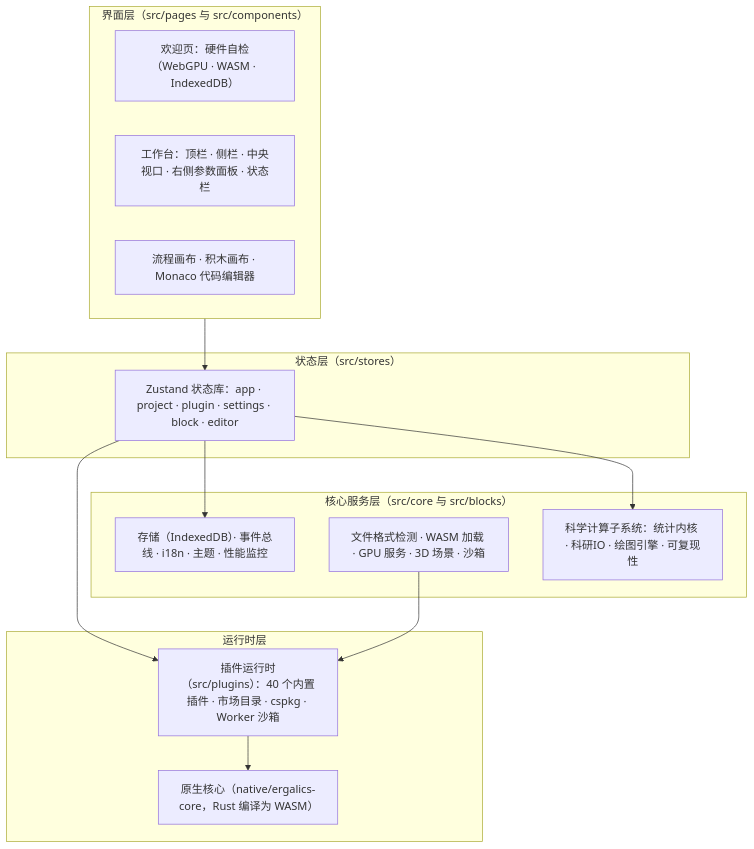
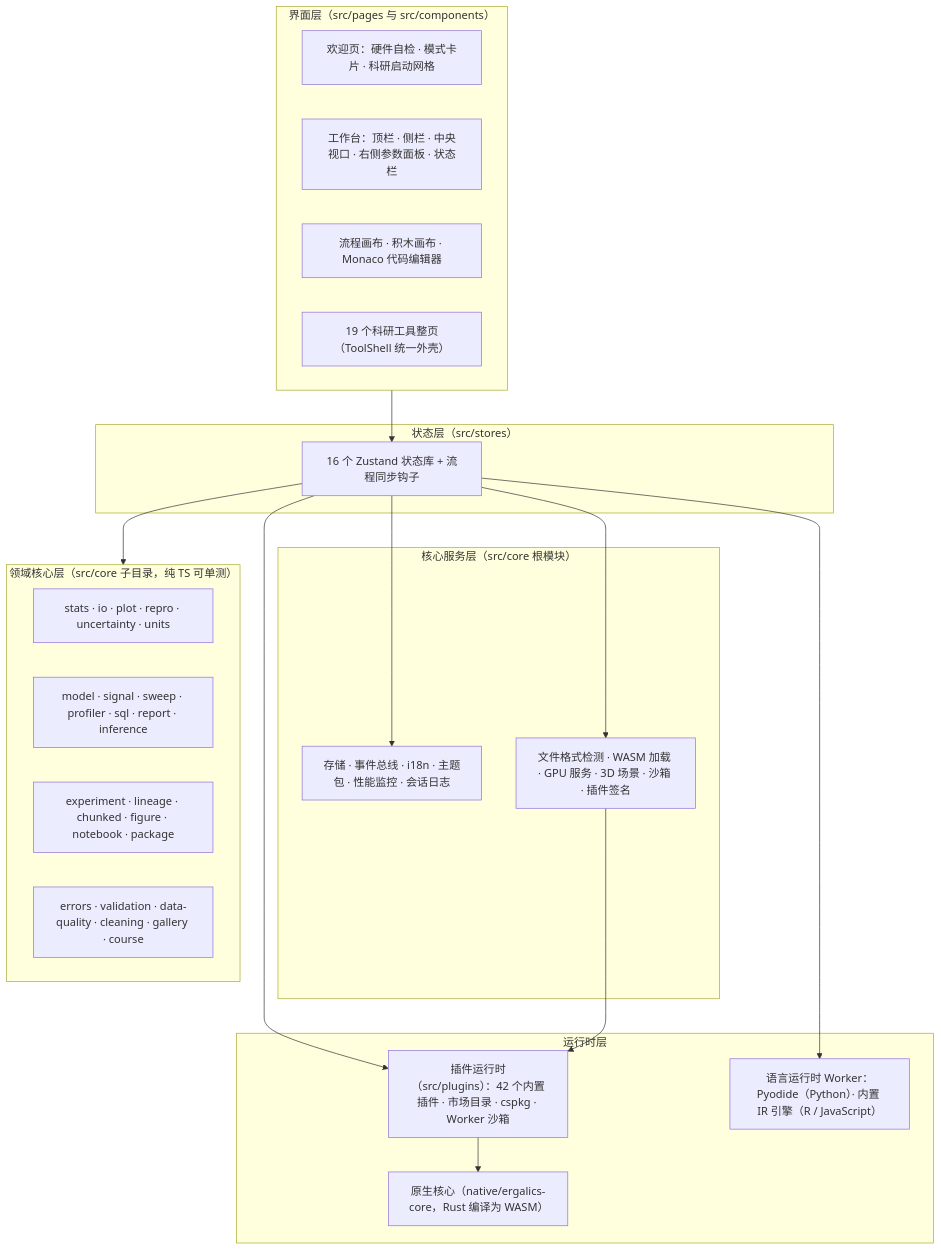
Before and after one commit to SnowLeopard-io/ErgalicsStudio: the first of 3 diagrams in docs/technical/02-系统架构.md, drawn with Mermaid. The commit also changed other lines of this file and 46 other files, not shown here.

````diff
--- a/docs/technical/02-系统架构.md
+++ b/docs/technical/02-系统架构.md
@@ -9,26 +9,35 @@
 ```mermaid
 flowchart TB
     subgraph L1["界面层（src/pages 与 src/components）"]
-        A1["欢迎页：硬件自检（WebGPU · WASM · IndexedDB）"]
+        A1["欢迎页：硬件自检 · 模式卡片 · 科研启动网格"]
         A2["工作台：顶栏 · 侧栏 · 中央视口 · 右侧参数面板 · 状态栏"]
         A3["流程画布 · 积木画布 · Monaco 代码编辑器"]
+        A4["19 个科研工具整页（ToolShell 统一外壳）"]
     end
     subgraph L2["状态层（src/stores）"]
-        B1["Zustand 状态库：app · project · plugin · settings · block · editor"]
+        B1["16 个 Zustand 状态库 + 流程同步钩子"]
     end
-    subgraph L3["核心服务层（src/core 与 src/blocks）"]
-        C1["存储（IndexedDB）· 事件总线 · i18n · 主题 · 性能监控"]
-        C2["文件格式检测 · WASM 加载 · GPU 服务 · 3D 场景 · 沙箱"]
-        C3["科学计算子系统：统计内核 · 科研IO · 绘图引擎 · 可复现性"]
+    subgraph L3["核心服务层（src/core 根模块）"]
+        C1["存储 · 事件总线 · i18n · 主题包 · 性能监控 · 会话日志"]
+        C2["文件格式检测 · WASM 加载 · GPU 服务 · 3D 场景 · 沙箱 · 插件签名"]
+    end
+    subgraph L35["领域核心层（src/core 子目录，纯 TS 可单测）"]
+        E1["stats · io · plot · repro · uncertainty · units"]
+        E2["model · signal · sweep · profiler · sql · report · inference"]
+        E3["experiment · lineage · chunked · figure · notebook · package"]
+        E4["errors · validation · data-quality · cleaning · gallery · course"]
     end
     subgraph L4["运行时层"]
-        D1["插件运行时（src/plugins）：40 个内置插件 · 市场目录 · cspkg · Worker 沙箱"]
+        D1["插件运行时（src/plugins）：42 个内置插件 · 市场目录 · cspkg · Worker 沙箱"]
         D2["原生核心（native/ergalics-core，Rust 编译为 WASM）"]
+        D3["语言运行时 Worker：Pyodide（Python）· 内置 IR 引擎（R / JavaScript）"]
     end
     L1 --> B1
     B1 --> C1
-    B1 --> C3
+    B1 --> C2
+    B1 --> L35
     B1 --> D1
     C2 --> D1
     D1 --> D2
+    B1 --> D3
 ```
````
